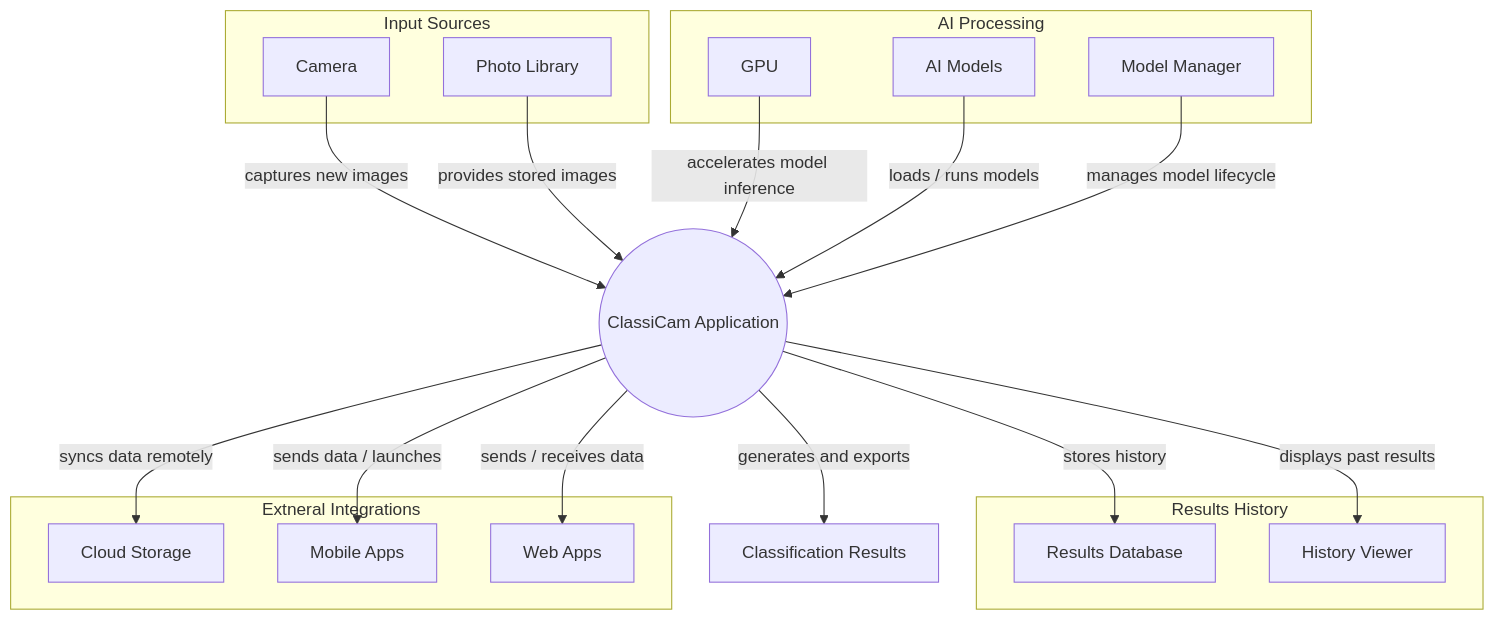
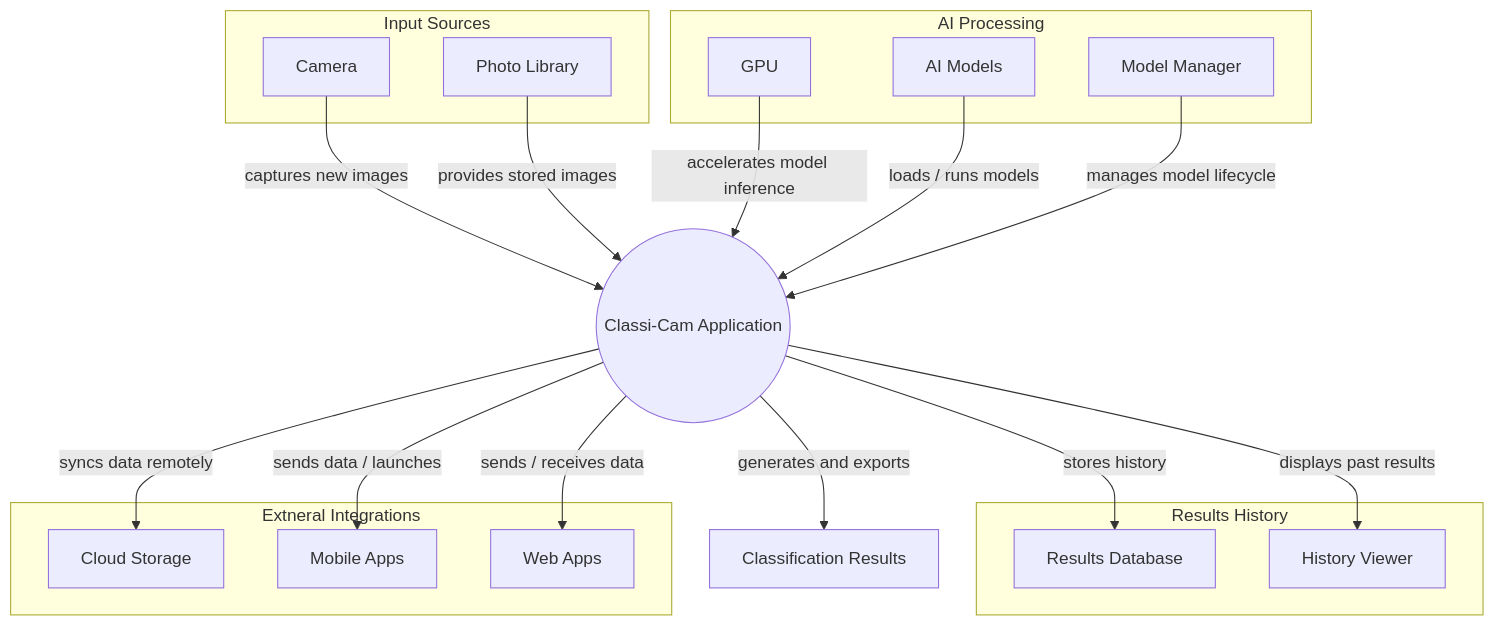
Before and after one commit to glwagnerii/sweng-894-capstone: the diagram in docs/architecture/md/2.2-context.md, drawn with Mermaid. The commit also changed other lines of this file and 10 other files, not shown here.

Commit message:
revised all to Classi-Cam

````diff
--- a/docs/architecture/md/2.2-context.md
+++ b/docs/architecture/md/2.2-context.md
@@ -6,41 +6,41 @@
 ```mermaid
 graph TB
 
     subgraph Input Sources
         camera[Camera]
         photo_lib[Photo Library]
     end
-    camera --> |captures new images| ClassiCam
-    photo_lib --> |provides stored images| ClassiCam
+    camera --> |captures new images| Classi-Cam
+    photo_lib --> |provides stored images| Classi-Cam
 
     subgraph AI Processing
         gpu[GPU]
         ai_model[AI Models]
         model_mgr[Model Manager]
     end
-    gpu --> |accelerates model inference| ClassiCam
-    ai_model --> |loads / runs models| ClassiCam
-    model_mgr --> |manages model lifecycle| ClassiCam
+    gpu --> |accelerates model inference| Classi-Cam
+    ai_model --> |loads / runs models| Classi-Cam
+    model_mgr --> |manages model lifecycle| Classi-Cam
 
-    ClassiCam((ClassiCam Application))
+    Classi-Cam((Classi-Cam Application))
 
     results[Classification Results]
-    ClassiCam --> |generates and exports| results
+    Classi-Cam --> |generates and exports| results
 
     subgraph Results History
         results_db[Results Database]
         hist_viewer[History Viewer]
     end
-    ClassiCam --> |stores history| results_db
-    ClassiCam --> |displays past results| hist_viewer
+    Classi-Cam --> |stores history| results_db
+    Classi-Cam --> |displays past results| hist_viewer
 
     subgraph Extneral Integrations
         cloud[Cloud Storage]
         mobile_app[Mobile Apps]
         web_app[Web Apps]
     end
-    ClassiCam --> |syncs data remotely| cloud
-    ClassiCam --> |sends data / launches| mobile_app
-    ClassiCam --> |sends / receives data| web_app
+    Classi-Cam --> |syncs data remotely| cloud
+    Classi-Cam --> |sends data / launches| mobile_app
+    Classi-Cam --> |sends / receives data| web_app
 
 ```
````
